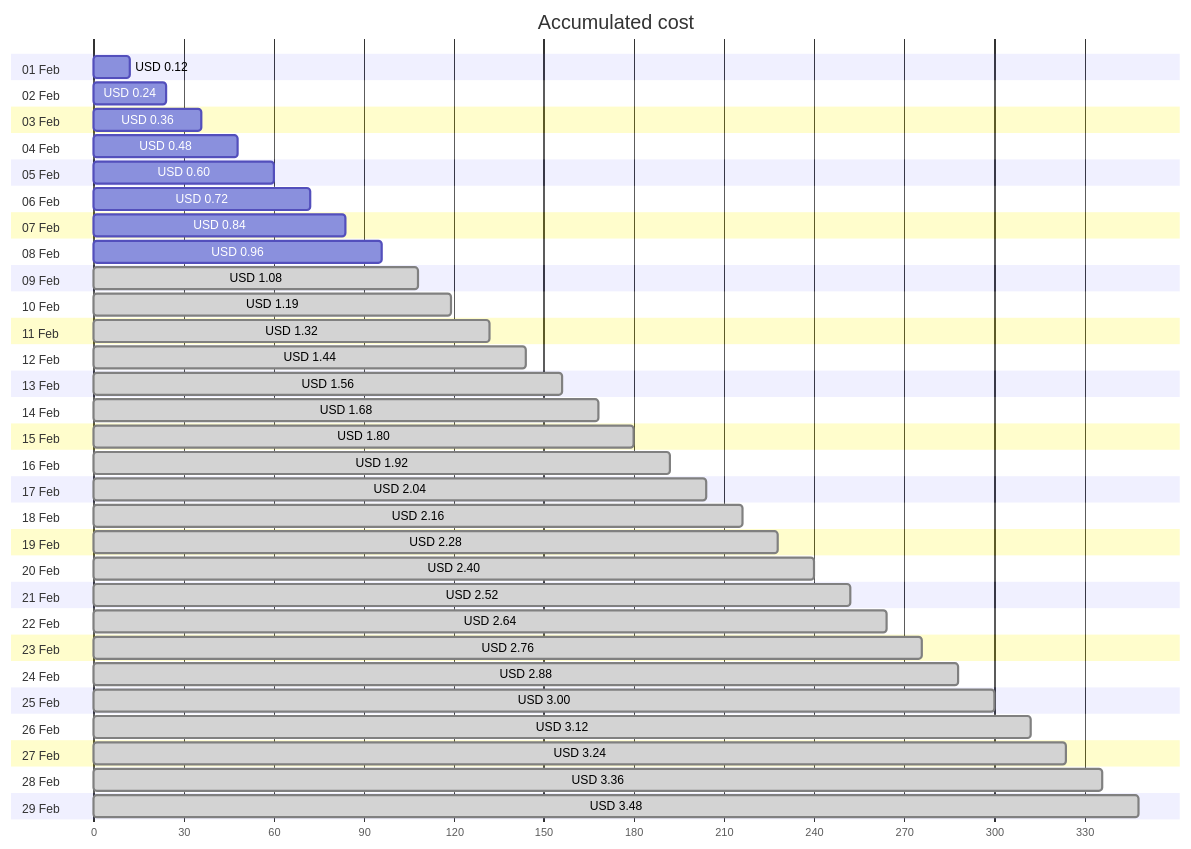
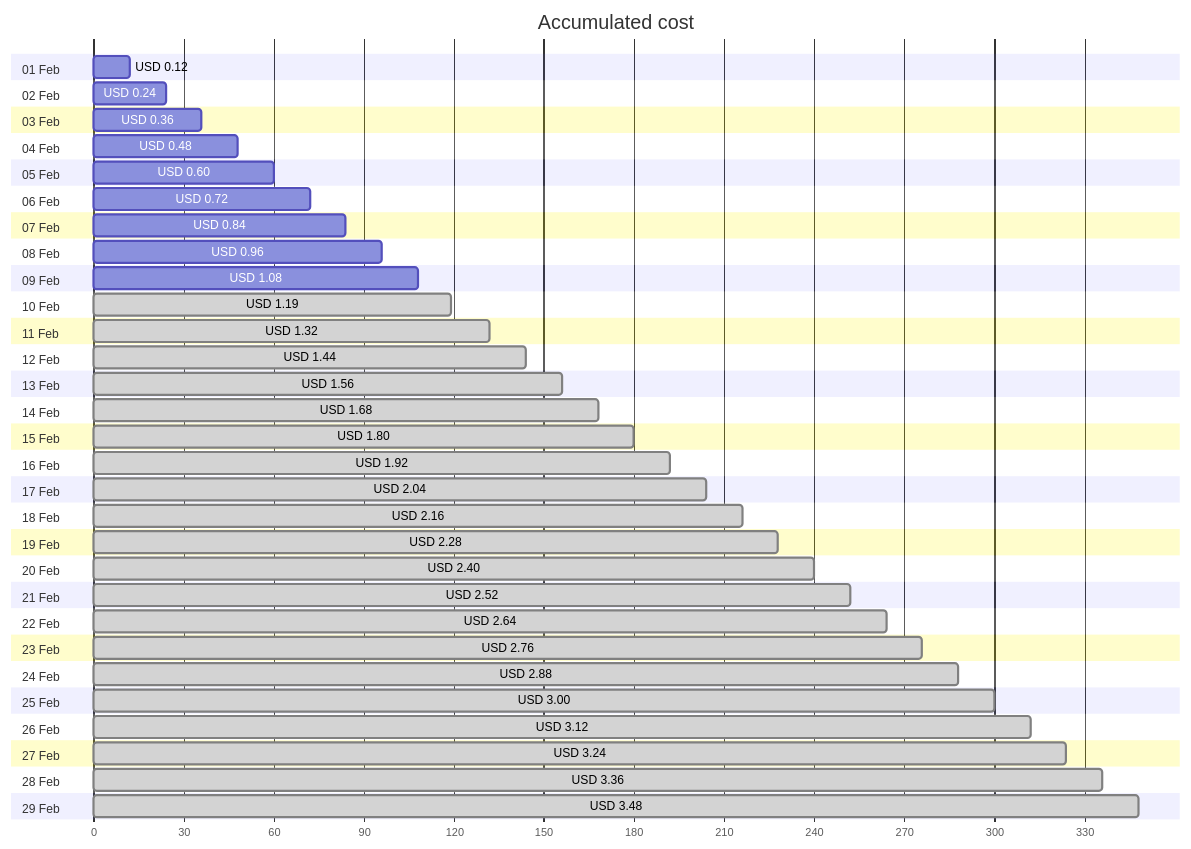
Before and after one commit to jpfulton/azure-personal-reports: the first of 4 diagrams in cost-reports/personal-network/backup-server-public-ip.md, drawn with Mermaid. The commit also changed other lines of this file and 8 other files, not shown here.

````diff
--- a/cost-reports/personal-network/backup-server-public-ip.md
+++ b/cost-reports/personal-network/backup-server-public-ip.md
@@ -20,64 +20,64 @@
 ```mermaid
 gantt
    title Accumulated cost
    dateFormat  X
    axisFormat %s
    section 01 Feb
    USD 0.12 :0, 12
    section 02 Feb
    USD 0.24 :0, 24
    section 03 Feb
    USD 0.36 :0, 36
    section 04 Feb
    USD 0.48 :0, 48
    section 05 Feb
    USD 0.60 :0, 60
    section 06 Feb
    USD 0.72 :0, 72
    section 07 Feb
    USD 0.84 :0, 84
    section 08 Feb
    USD 0.96 :0, 96
    section 09 Feb
-   USD 1.08 : done, 0, 108
+   USD 1.08 :0, 108
    section 10 Feb
    USD 1.19 : done, 0, 119
    section 11 Feb
    USD 1.32 : done, 0, 132
    section 12 Feb
    USD 1.44 : done, 0, 144
    section 13 Feb
    USD 1.56 : done, 0, 156
    section 14 Feb
    USD 1.68 : done, 0, 168
    section 15 Feb
    USD 1.80 : done, 0, 180
    section 16 Feb
    USD 1.92 : done, 0, 192
    section 17 Feb
    USD 2.04 : done, 0, 204
    section 18 Feb
    USD 2.16 : done, 0, 216
    section 19 Feb
    USD 2.28 : done, 0, 228
    section 20 Feb
    USD 2.40 : done, 0, 240
    section 21 Feb
    USD 2.52 : done, 0, 252
    section 22 Feb
    USD 2.64 : done, 0, 264
    section 23 Feb
    USD 2.76 : done, 0, 276
    section 24 Feb
    USD 2.88 : done, 0, 288
    section 25 Feb
    USD 3.00 : done, 0, 300
    section 26 Feb
    USD 3.12 : done, 0, 312
    section 27 Feb
    USD 3.24 : done, 0, 324
    section 28 Feb
    USD 3.36 : done, 0, 336
    section 29 Feb
    USD 3.48 : done, 0, 348
 ```
````
